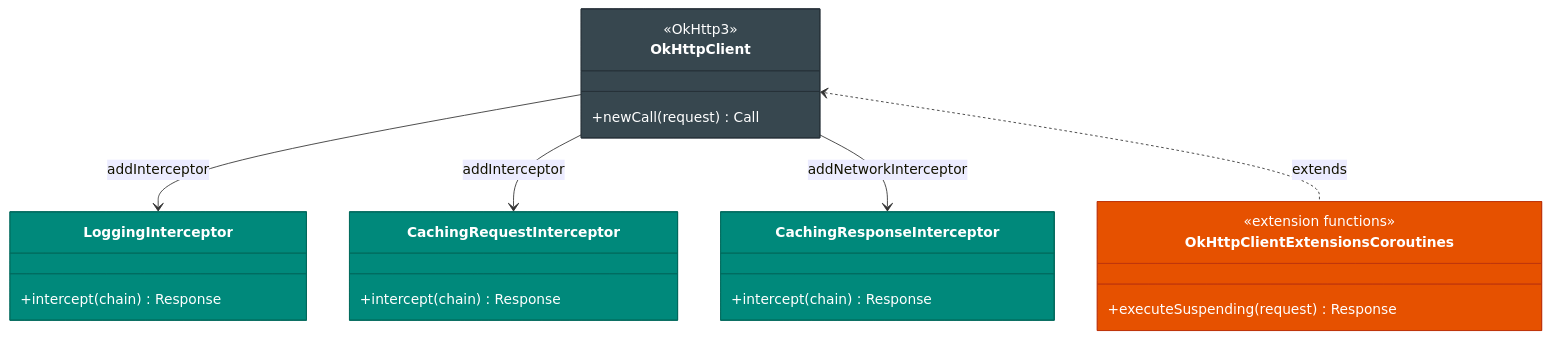
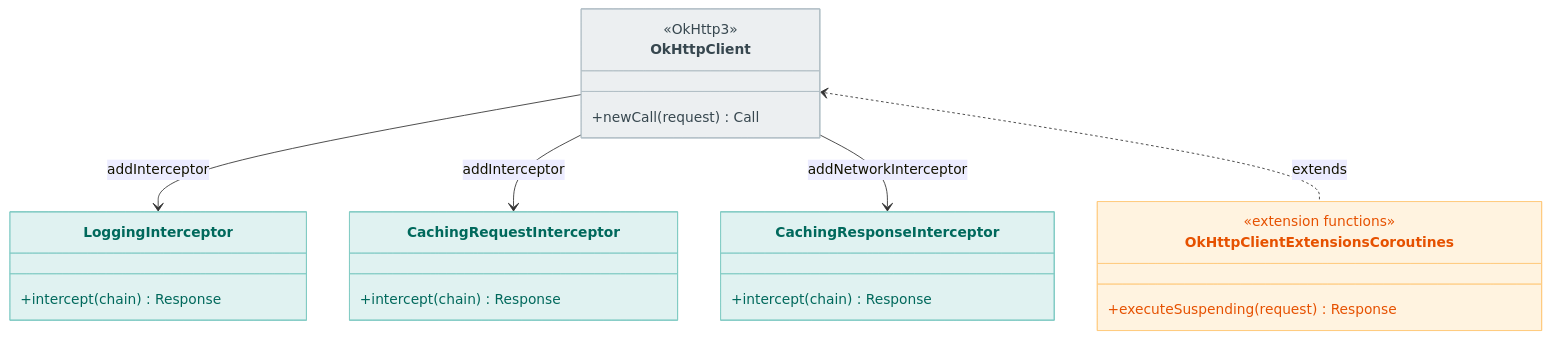
The third of 4 diagrams in io/http/README.md (bluetape4k/bluetape4k-projects), drawn with Mermaid before and after one commit. The commit also changed other lines of this file and 219 other files, not shown here.

First line of the commit message:
docs: 전체 README Mermaid 다이어그램 가이드 적용

````diff
--- a/io/http/README.md
+++ b/io/http/README.md
@@ -100,35 +100,35 @@
 ```mermaid
 classDiagram
     class OkHttpClient {
         <<OkHttp3>>
         +newCall(request) Call
     }
 
     class LoggingInterceptor {
         +intercept(chain) Response
     }
 
     class CachingRequestInterceptor {
         +intercept(chain) Response
     }
 
     class CachingResponseInterceptor {
         +intercept(chain) Response
     }
 
     class OkHttpClientExtensionsCoroutines {
         <<extension functions>>
         +executeSuspending(request) Response
     }
 
     OkHttpClient --> LoggingInterceptor : addInterceptor
     OkHttpClient --> CachingRequestInterceptor : addInterceptor
     OkHttpClient --> CachingResponseInterceptor : addNetworkInterceptor
     OkHttpClient <.. OkHttpClientExtensionsCoroutines : extends
 
-    style OkHttpClient fill:#37474F,stroke:#263238,color:#FFFFFF
-    style LoggingInterceptor fill:#00897B,stroke:#00695C,color:#FFFFFF
-    style CachingRequestInterceptor fill:#00897B,stroke:#00695C,color:#FFFFFF
-    style CachingResponseInterceptor fill:#00897B,stroke:#00695C,color:#FFFFFF
-    style OkHttpClientExtensionsCoroutines fill:#E65100,stroke:#BF360C,color:#FFFFFF
+    style OkHttpClient fill:#ECEFF1,stroke:#B0BEC5,color:#37474F
+    style LoggingInterceptor fill:#E0F2F1,stroke:#80CBC4,color:#00695C
+    style CachingRequestInterceptor fill:#E0F2F1,stroke:#80CBC4,color:#00695C
+    style CachingResponseInterceptor fill:#E0F2F1,stroke:#80CBC4,color:#00695C
+    style OkHttpClientExtensionsCoroutines fill:#FFF3E0,stroke:#FFCC80,color:#E65100
 ```
````
